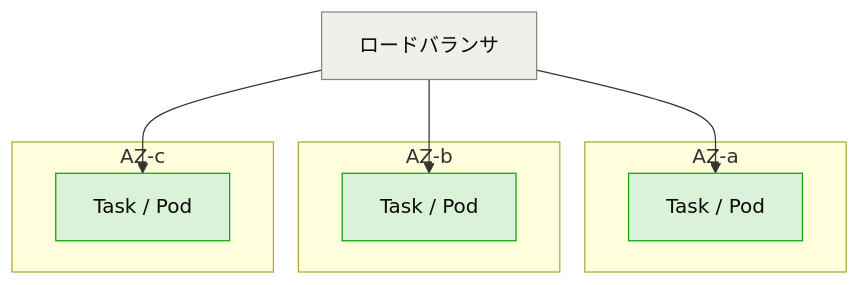
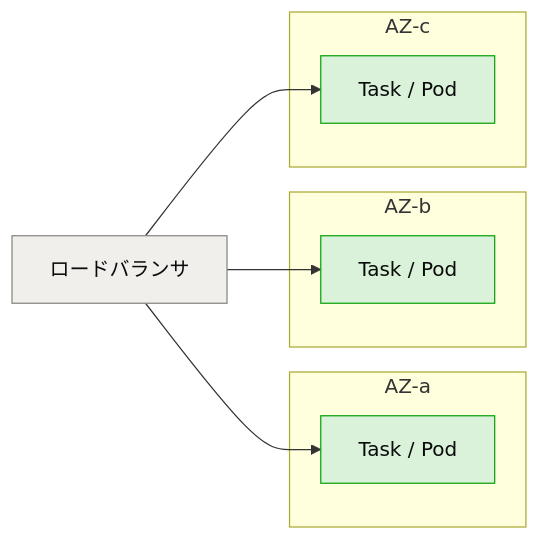
Before and after one commit to keitahigaki-prog/qiita-articles: the seventh of 13 diagrams in public/ecs-vs-kubernetes.md, drawn with Mermaid. The commit also changed other lines of this file, not shown here.

First line of the commit message:
Fix wide/clipped diagrams: switch side-by-side subgraphs to vertical stacking

````diff
--- a/public/ecs-vs-kubernetes.md
+++ b/public/ecs-vs-kubernetes.md
@@ -257,20 +257,20 @@
 ```mermaid
-flowchart TB
+flowchart LR
   LB["ロードバランサ"]
   subgraph AZa["AZ-a"]
     Ta["Task / Pod"]
   end
   subgraph AZb["AZ-b"]
     Tb["Task / Pod"]
   end
   subgraph AZc["AZ-c"]
     Tc["Task / Pod"]
   end
   LB --> Ta
   LB --> Tb
   LB --> Tc
   classDef neutral fill:#f0efec,stroke:#898781,color:#0b0b0b;
   classDef good fill:#d9f2d9,stroke:#0ca30c,color:#0b0b0b;
   class LB neutral;
   class Ta,Tb,Tc good;
 ```
````
